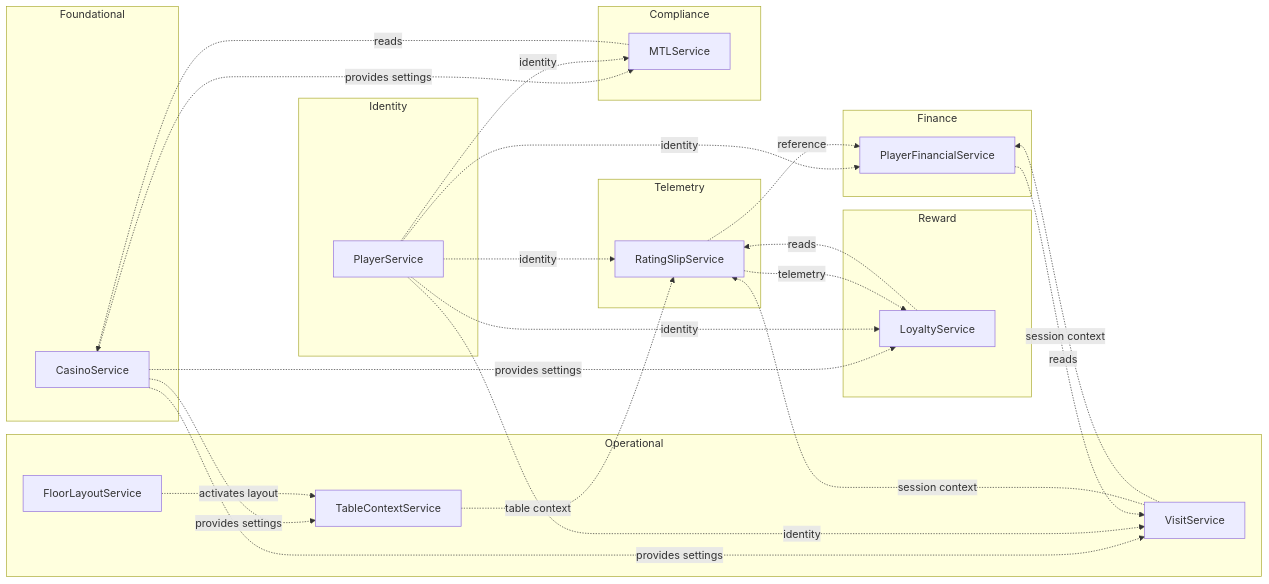
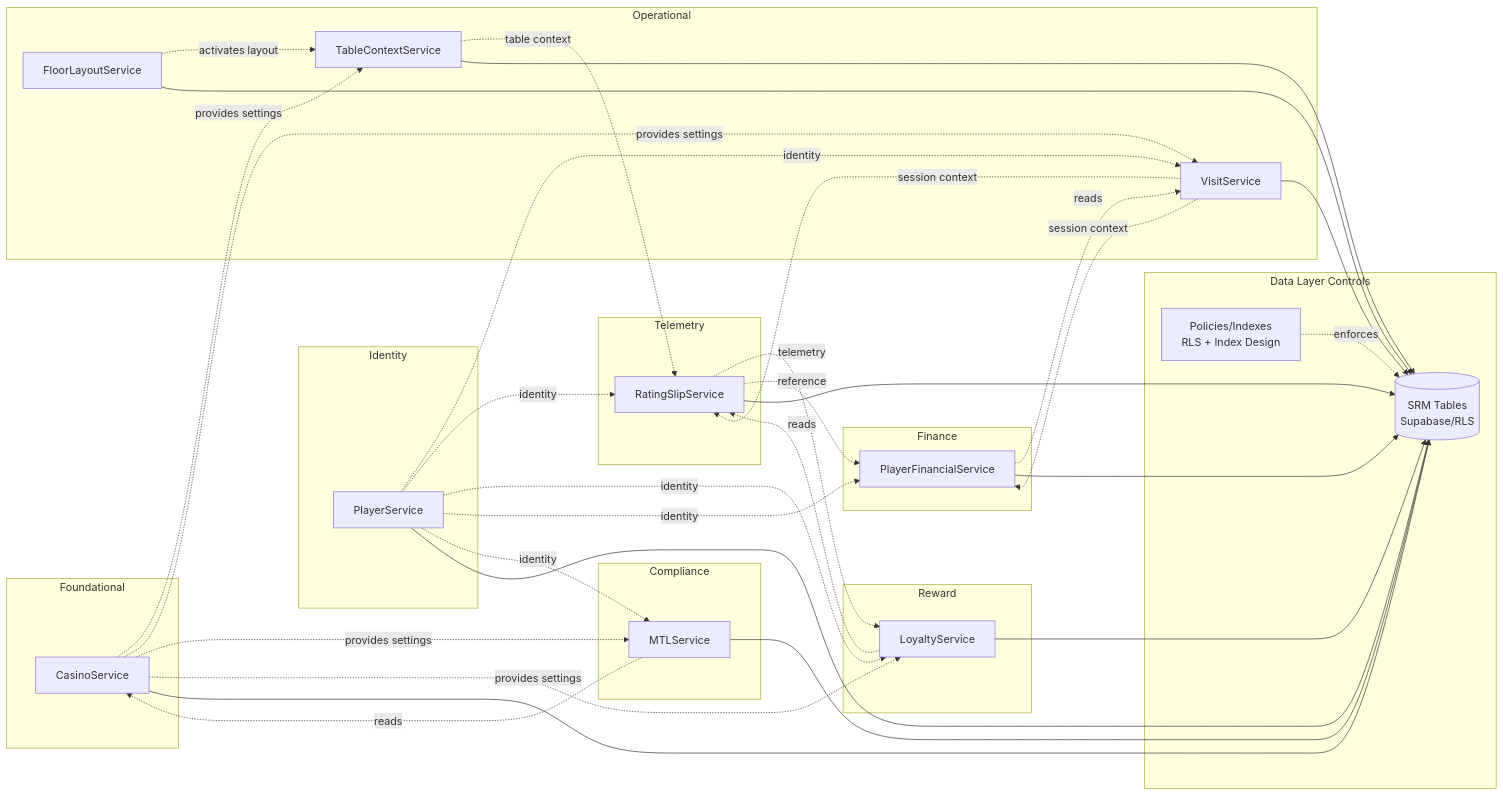
One commit to diepulp/pt-2 changed the second of 8 diagrams in docs/20-architecture/SERVICE_LAYER_ARCHITECTURE_DIAGRAM.md. Above: the diagram before and after it, drawn with Mermaid. The commit also changed other lines of this file and 28 other files, not shown here.

````diff
--- a/docs/20-architecture/SERVICE_LAYER_ARCHITECTURE_DIAGRAM.md
+++ b/docs/20-architecture/SERVICE_LAYER_ARCHITECTURE_DIAGRAM.md
@@ -119,56 +141,72 @@
 ```mermaid
 graph LR
     subgraph "Foundational"
         CASINO[CasinoService]
     end
 
     subgraph "Identity"
         PLAYER[PlayerService]
     end
 
     subgraph "Operational"
         FLOOR[FloorLayoutService]
         TABLE[TableContextService]
         VISIT[VisitService]
     end
 
     subgraph "Telemetry"
         RATING[RatingSlipService]
     end
 
     subgraph "Reward"
         LOYALTY[LoyaltyService]
     end
 
     subgraph "Finance"
         FINANCE[PlayerFinancialService]
     end
 
     subgraph "Compliance"
         MTL[MTLService]
     end
 
+    subgraph "Data Layer Controls"
+        DB[(SRM Tables<br/>Supabase/RLS)]
+        POLICIES[Policies/Indexes<br/>RLS + Index Design]
+    end
+
     CASINO -.provides settings.-> TABLE
     CASINO -.provides settings.-> VISIT
     CASINO -.provides settings.-> MTL
     CASINO -.provides settings.-> LOYALTY
 
     PLAYER -.identity.-> VISIT
     PLAYER -.identity.-> RATING
     PLAYER -.identity.-> LOYALTY
     PLAYER -.identity.-> FINANCE
     PLAYER -.identity.-> MTL
 
     VISIT -.session context.-> RATING
     VISIT -.session context.-> FINANCE
 
     FLOOR -.activates layout.-> TABLE
     TABLE -.table context.-> RATING
 
     RATING -.telemetry.-> LOYALTY
     RATING -.reference.-> FINANCE
 
     LOYALTY -.reads.-> RATING
     FINANCE -.reads.-> VISIT
     MTL -.reads.-> CASINO
+    POLICIES -.enforces.-> DB
+
+    CASINO --> DB
+    PLAYER --> DB
+    FLOOR --> DB
+    TABLE --> DB
+    VISIT --> DB
+    RATING --> DB
+    LOYALTY --> DB
+    FINANCE --> DB
+    MTL --> DB
 ```
````
